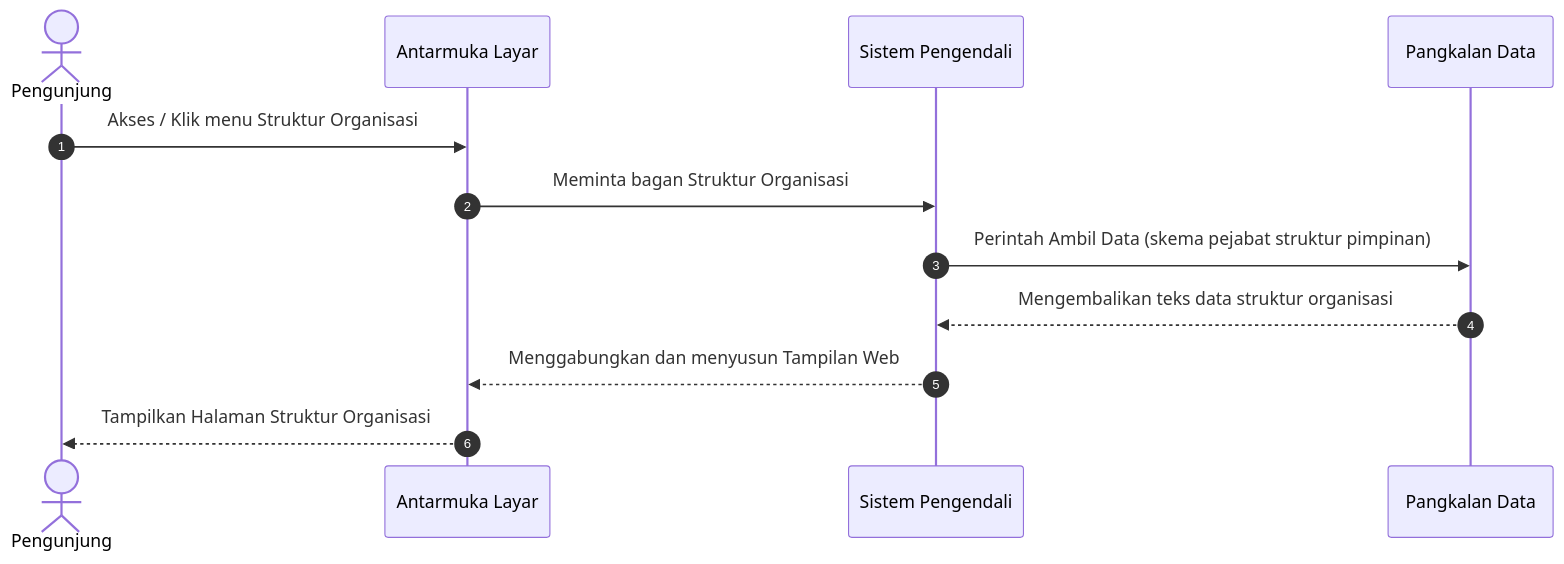
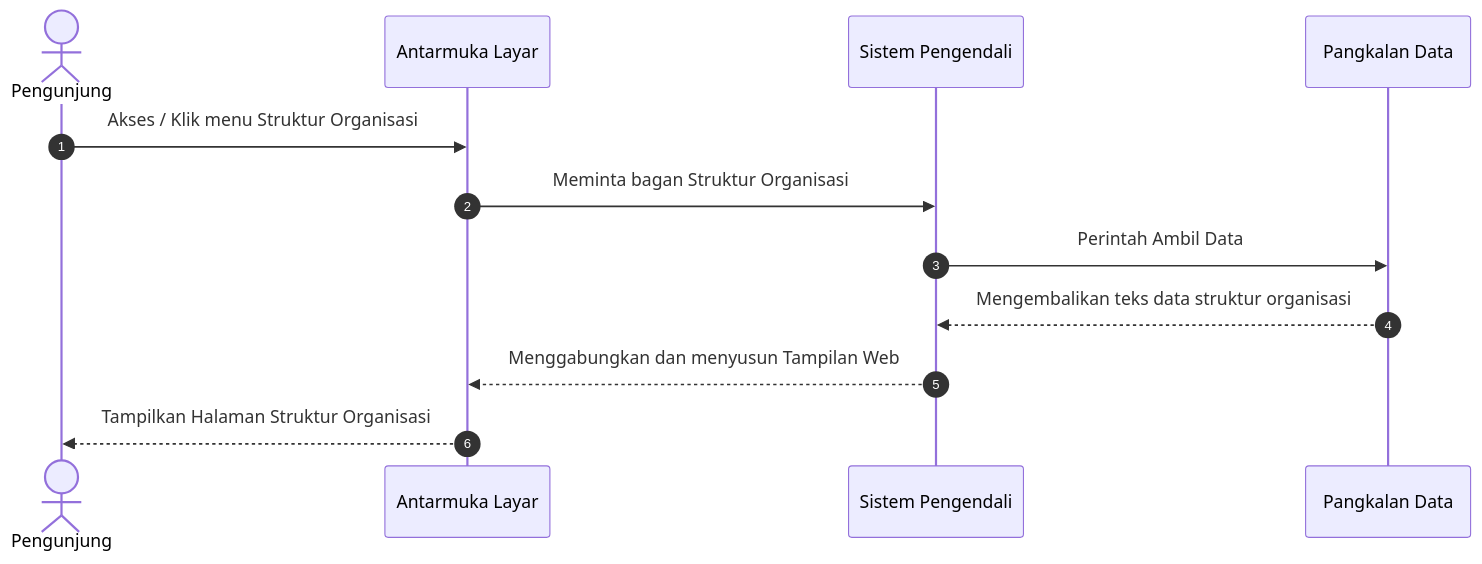
Before and after one commit to arbain-dev/Web_fikom: the third of 39 diagrams in docs/02_DIAGRAM_URUTAN_SEQUENCE.md, drawn with Mermaid. The commit also changed other lines of this file, not shown here.

````diff
--- a/docs/02_DIAGRAM_URUTAN_SEQUENCE.md
+++ b/docs/02_DIAGRAM_URUTAN_SEQUENCE.md
@@ -68,18 +68,18 @@
 ```mermaid
 sequenceDiagram
     autonumber
     
     actor User as Pengunjung
     participant Frontend as Antarmuka Layar
     participant Backend as Sistem Pengendali
     participant Database as Pangkalan Data
 
     User->>Frontend: Akses / Klik menu Struktur Organisasi
     Frontend->>Backend: Meminta bagan Struktur Organisasi
     
-    Backend->>Database: Perintah Ambil Data (skema pejabat struktur pimpinan)
+    Backend->>Database: Perintah Ambil Data
     Database-->>Backend: Mengembalikan teks data struktur organisasi
     
     Backend-->>Frontend: Menggabungkan dan menyusun Tampilan Web
     Frontend-->>User: Tampilkan Halaman Struktur Organisasi
 ```
````
